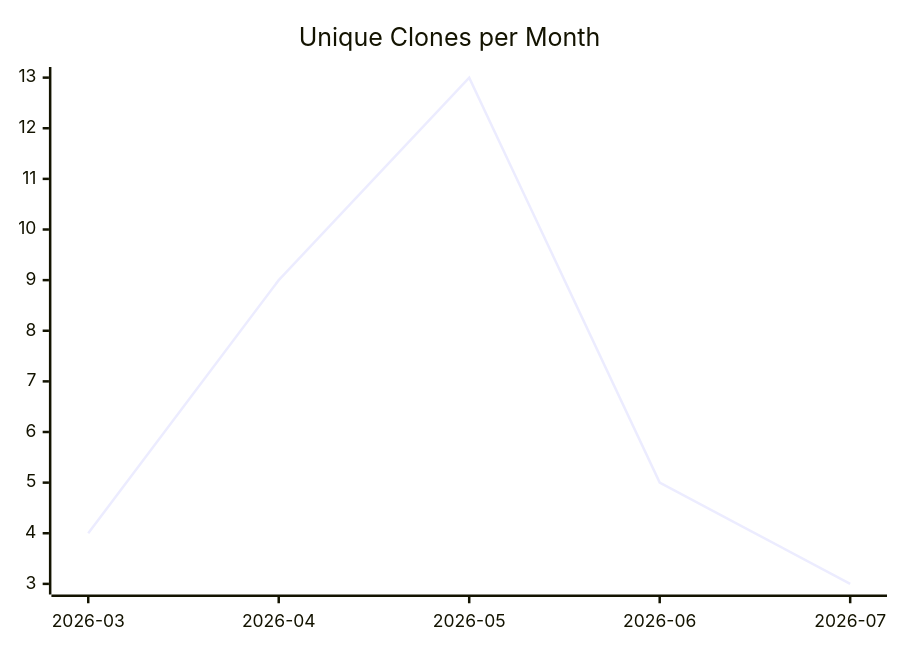
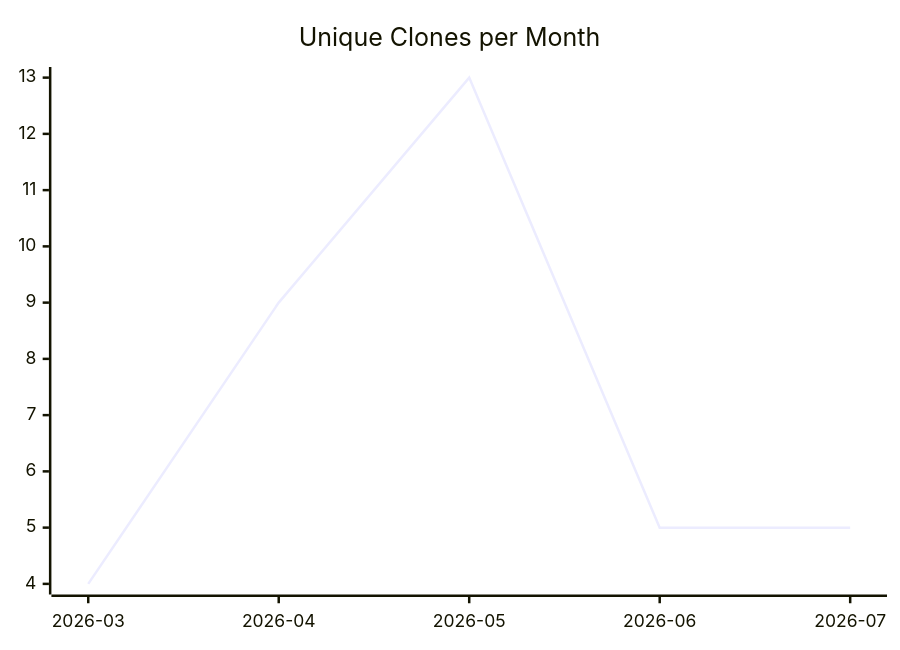
The third of 3 diagrams in karlmdavis/justdavis-puppet/README.md (justdavis-family/github-analytics-data), drawn with Mermaid before and after one commit. The commit also changed other lines of this file and 184 other files, not shown here.

````diff
--- a/karlmdavis/justdavis-puppet/README.md
+++ b/karlmdavis/justdavis-puppet/README.md
@@ -19,6 +19,6 @@
 ```mermaid
 xychart-beta
   title "Unique Clones per Month"
   x-axis ["2026-03", "2026-04", "2026-05", "2026-06", "2026-07"]
-  line [4, 9, 13, 5, 3]
+  line [4, 9, 13, 5, 5]
 ```
````
